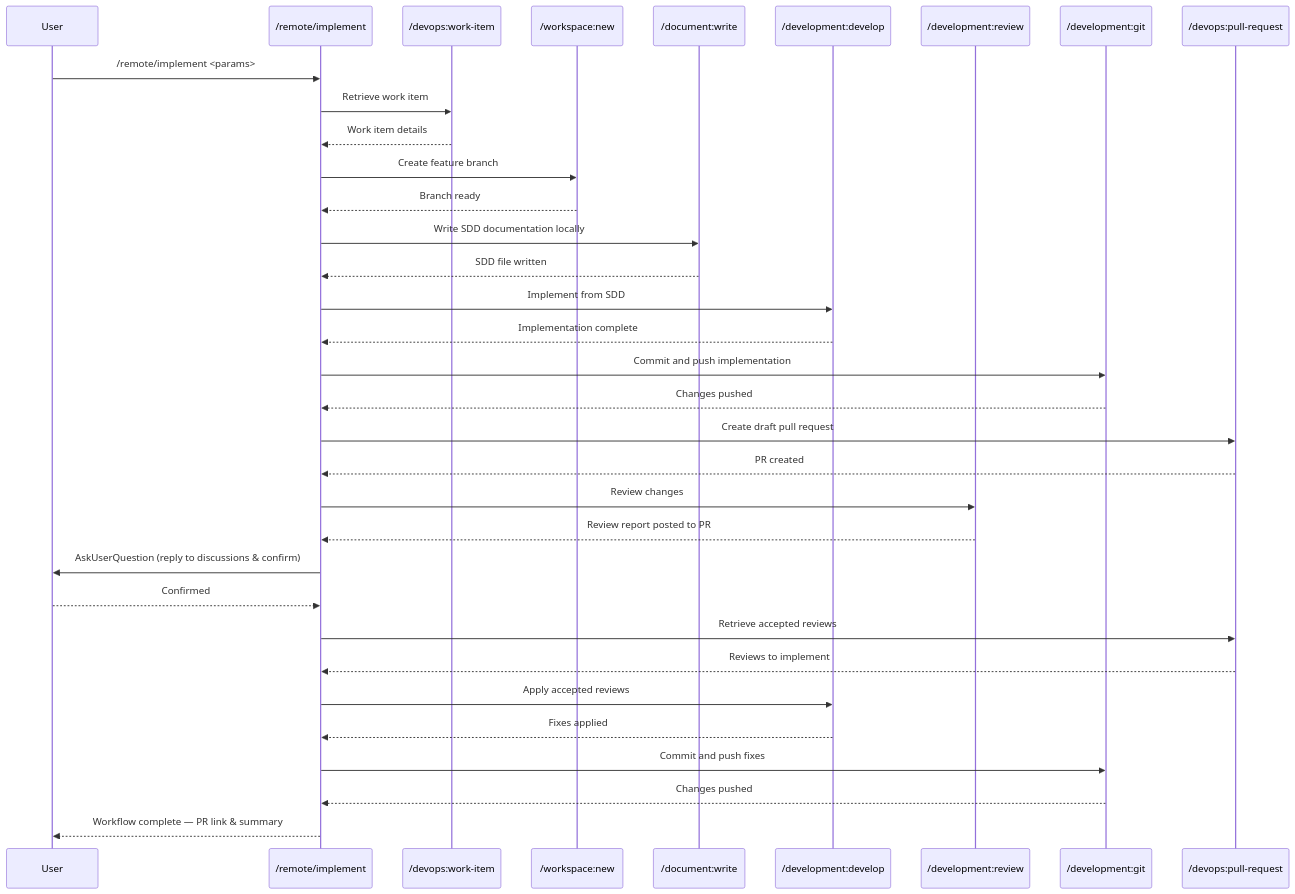
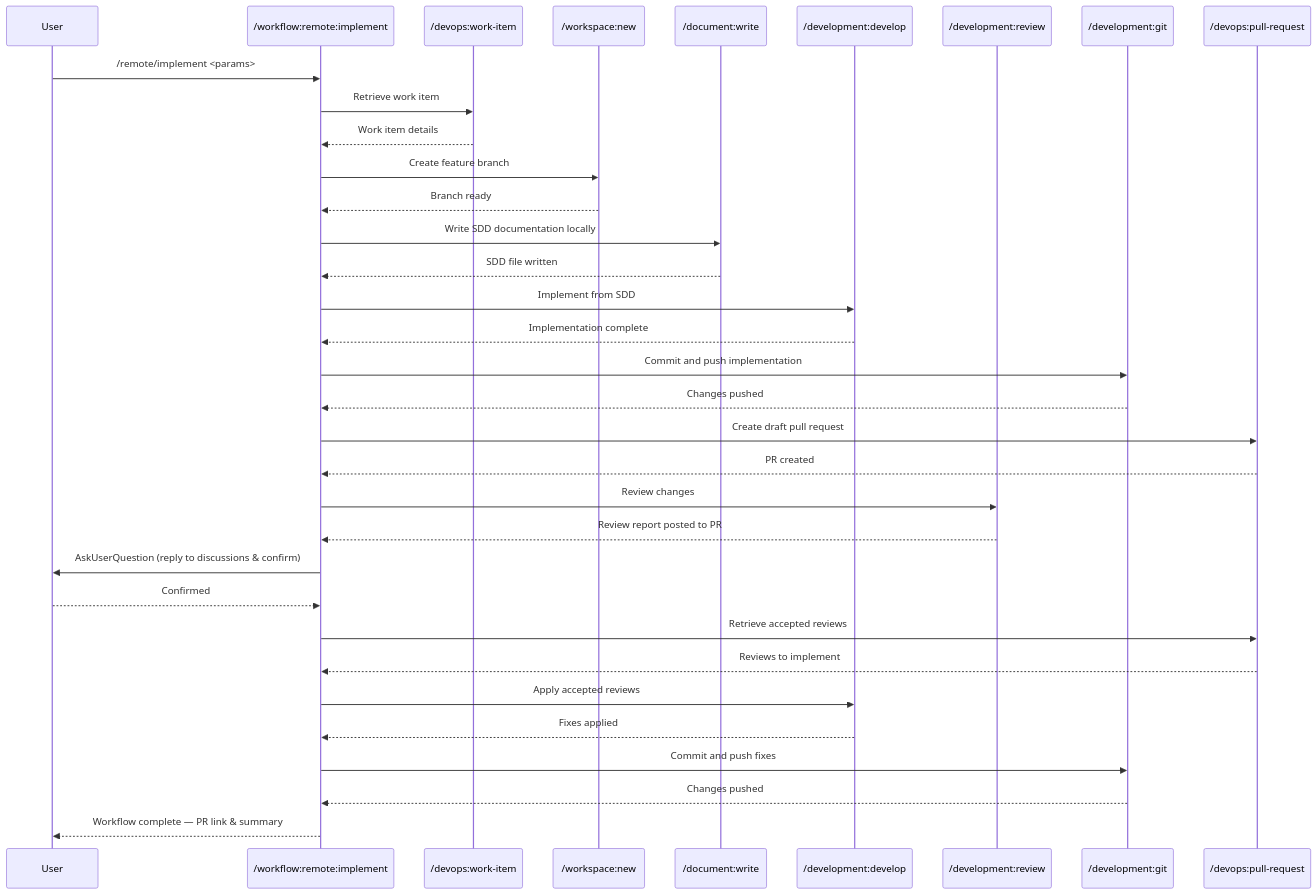
One commit to zzaia/zzaia-agentic-workspace changed the diagram in .claude/commands/workflow/remote/implement.md. Above: the diagram before and after it, drawn with Mermaid. The commit also changed 9 other files, not shown here.

````diff
--- a/.claude/commands/workflow/remote/implement.md
+++ b/.claude/commands/workflow/remote/implement.md
@@ -103,48 +103,48 @@
 ```mermaid
 sequenceDiagram
     participant U as User
-    participant P as /remote/implement
+    participant P as /workflow:remote:implement
     participant WI as /devops:work-item
     participant WN as /workspace:new
     participant DW as /document:write
     participant DD as /development:develop
     participant DR as /development:review
     participant DG as /development:git
     participant PR as /devops:pull-request
 
     U->>P: /remote/implement <params>
 
     P->>WI: Retrieve work item
     WI-->>P: Work item details
 
     P->>WN: Create feature branch
     WN-->>P: Branch ready
 
     P->>DW: Write SDD documentation locally
     DW-->>P: SDD file written
 
     P->>DD: Implement from SDD
     DD-->>P: Implementation complete
 
     P->>DG: Commit and push implementation
     DG-->>P: Changes pushed
 
     P->>PR: Create draft pull request
     PR-->>P: PR created
 
     P->>DR: Review changes
     DR-->>P: Review report posted to PR
     P->>U: AskUserQuestion (reply to discussions & confirm)
     U-->>P: Confirmed
 
     P->>PR: Retrieve accepted reviews
     PR-->>P: Reviews to implement
 
     P->>DD: Apply accepted reviews
     DD-->>P: Fixes applied
 
     P->>DG: Commit and push fixes
     DG-->>P: Changes pushed
 
     P-->>U: Workflow complete — PR link & summary
 ```
````
